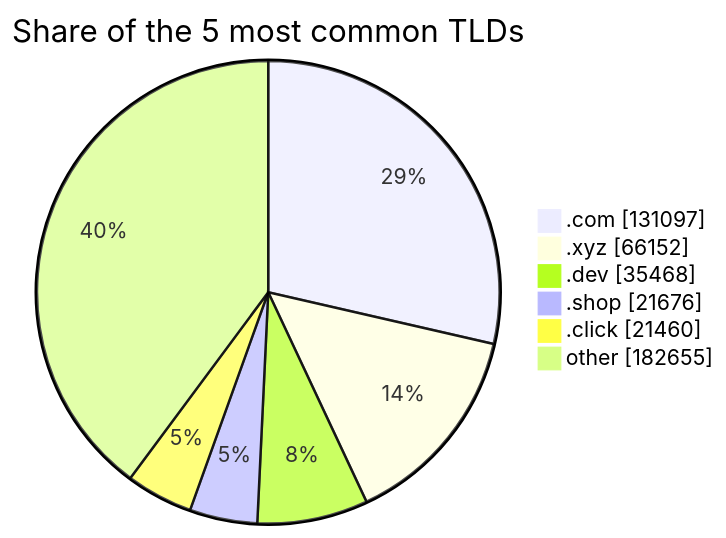
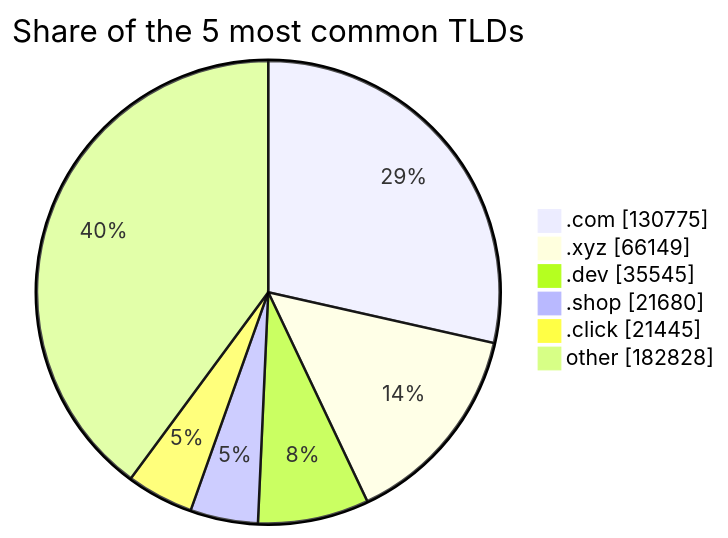
The third of 3 diagrams in README.md (DNSBunker/CTI), drawn with Mermaid before and after one commit. The commit also changed other lines of this file and 3 other files, not shown here.

````diff
--- a/README.md
+++ b/README.md
@@ -81,9 +81,9 @@
 ```mermaid
 pie showData title Share of the 5 most common TLDs
-    ".com" : 131097
-    ".xyz" : 66152
-    ".dev" : 35468
-    ".shop" : 21676
-    ".click" : 21460
-    "other" : 182655
+    ".com" : 130775
+    ".xyz" : 66149
+    ".dev" : 35545
+    ".shop" : 21680
+    ".click" : 21445
+    "other" : 182828
 ```
````
